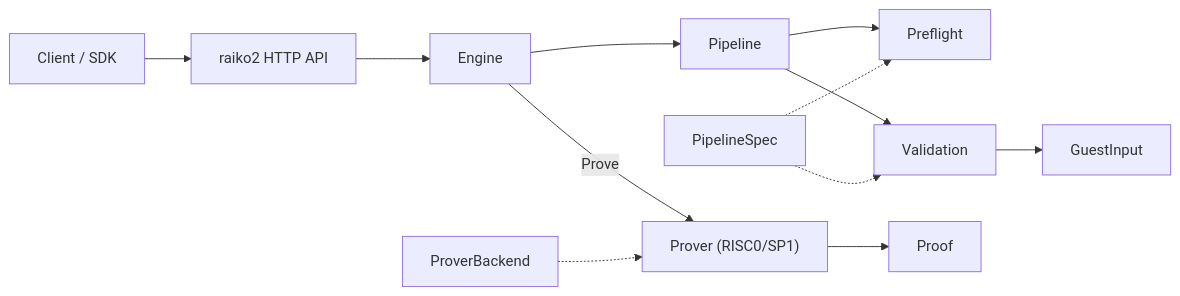
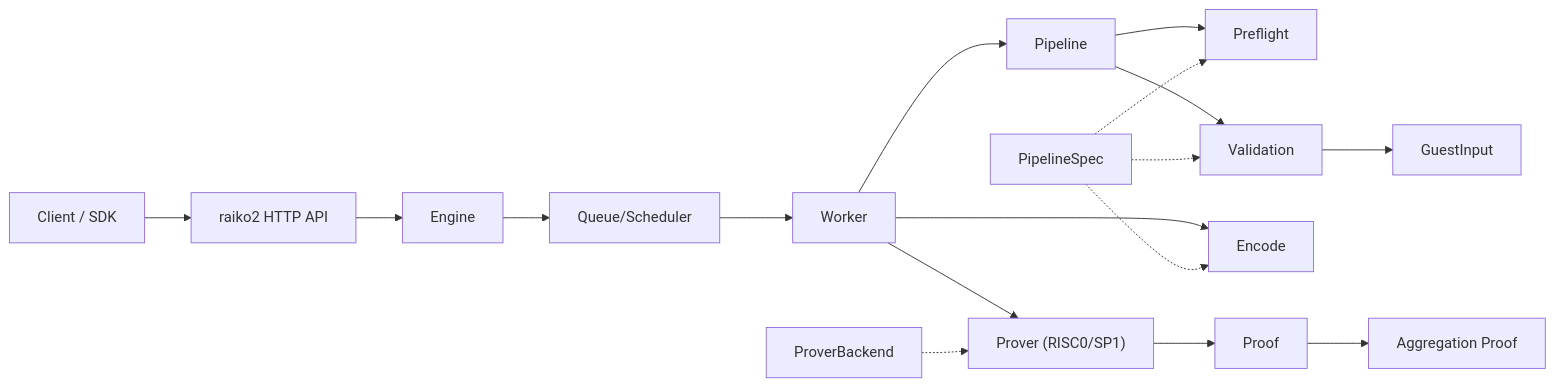
Before and after one commit to taikoxyz/raiko2: the second of 4 diagrams in README.md, drawn with Mermaid. The commit also changed other lines of this file and 1 other file, not shown here.

Commit message:
test: add documentation for Redis-backed queue store integration tests

````diff
--- a/README.md
+++ b/README.md
@@ -67,14 +73,19 @@
 ```mermaid
 flowchart LR
   C["Client / SDK"] --> A["raiko2 HTTP API"]
   A --> Q["Engine"]
-  Q --> PL["Pipeline"]
+  Q --> SCH["Queue/Scheduler"]
+  SCH --> W["Worker"]
+  W --> PL["Pipeline"]
   PL --> PF["Preflight"]
   PL --> VA["Validation"]
   VA --> GI["GuestInput"]
-  Q -->|Prove| PR["Prover (RISC0/SP1)"]
+  W --> EN["Encode"]
+  W --> PR["Prover (RISC0/SP1)"]
   PR --> PO["Proof"]
+  PO --> AG["Aggregation Proof"]
   HF["PipelineSpec"] -.-> PF
   HF -.-> VA
+  HF -.-> EN
   PB["ProverBackend"] -.-> PR
 ```
````
